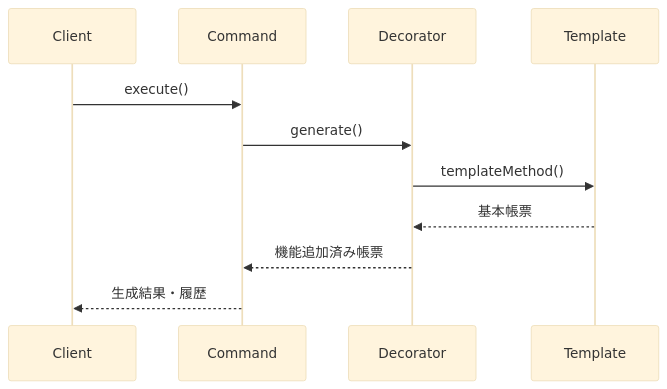
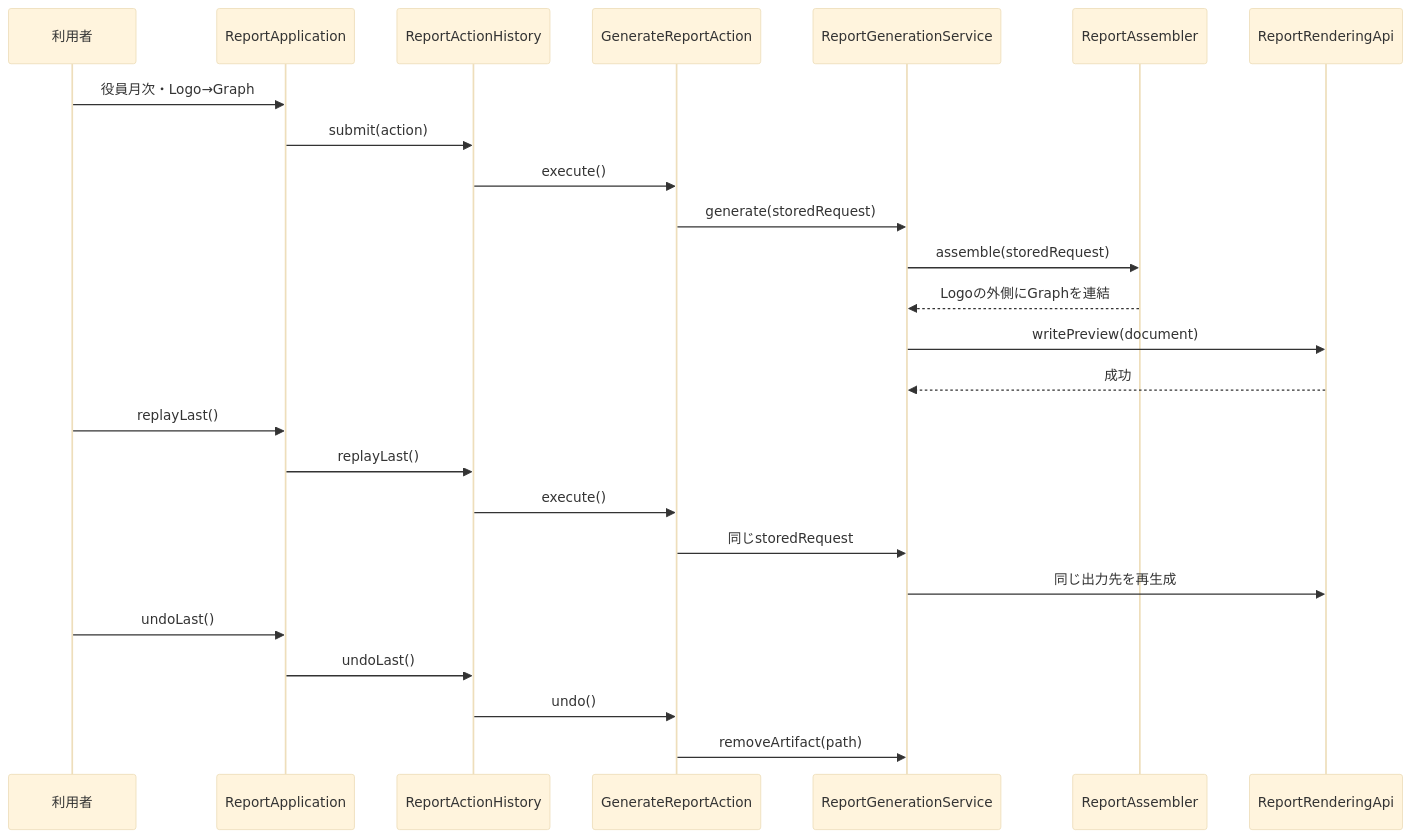
Diagram 11 of 12 in kindle/design-patterns/output/chapter11.md (kumachan1101-pixel/DesignPattern), drawn with Mermaid (base theme) before and after one commit. The commit also changed other lines of this file and 23 other files, not shown here.

````diff
--- a/kindle/design-patterns/output/chapter11.md
+++ b/kindle/design-patterns/output/chapter11.md
@@ -2612,13 +2025,28 @@
 ```mermaid
 sequenceDiagram
-    participant C as Client
-    participant CMD as Command
-    participant D as Decorator
-    participant T as Template
-    C->>CMD: execute()
-    CMD->>D: generate()
-    D->>T: templateMethod()
-    T-->>D: 基本帳票
-    D-->>CMD: 機能追加済み帳票
-    CMD-->>C: 生成結果・履歴
+    participant U as 利用者
+    participant A as ReportApplication
+    participant H as ReportActionHistory
+    participant C as GenerateReportAction
+    participant S as ReportGenerationService
+    participant B as ReportAssembler
+    participant O as ReportRenderingApi
+
+    U->>A: 役員月次・Logo→Graph
+    A->>H: submit(action)
+    H->>C: execute()
+    C->>S: generate(storedRequest)
+    S->>B: assemble(storedRequest)
+    B-->>S: Logoの外側にGraphを連結
+    S->>O: writePreview(document)
+    O-->>S: 成功
+    U->>A: replayLast()
+    A->>H: replayLast()
+    H->>C: execute()
+    C->>S: 同じstoredRequest
+    S->>O: 同じ出力先を再生成
+    U->>A: undoLast()
+    A->>H: undoLast()
+    H->>C: undo()
+    C->>S: removeArtifact(path)
 ```
````
